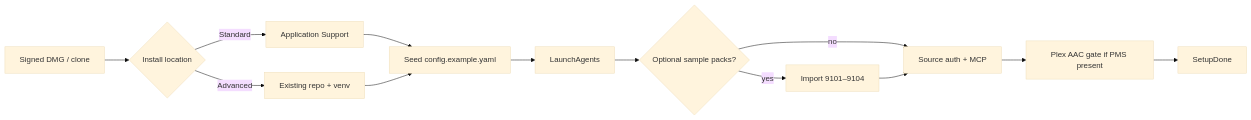
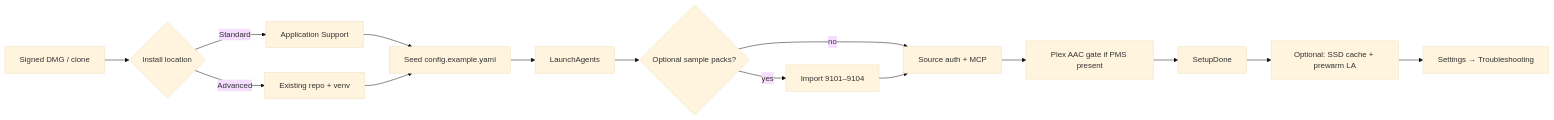
The diagram in docs/guides/PRODUCTION_BOOTSTRAP_UNIVERSAL.md (roto31/StreamTV), drawn with Mermaid (base theme) before and after one commit. The commit also changed other lines of this file and 18 other files, not shown here.

````diff
--- a/docs/guides/PRODUCTION_BOOTSTRAP_UNIVERSAL.md
+++ b/docs/guides/PRODUCTION_BOOTSTRAP_UNIVERSAL.md
@@ -7,15 +7,17 @@
 ```mermaid
 flowchart LR
   DMG["Signed DMG / clone"] --> Loc{"Install location"}
   Loc -->|Standard| AppSup["Application Support"]
   Loc -->|Advanced| Repo["Existing repo + venv"]
   AppSup --> Seed["Seed config.example.yaml"]
   Repo --> Seed
   Seed --> Agents["LaunchAgents"]
   Agents --> Samples{"Optional sample packs?"}
   Samples -->|yes| Import["Import 9101–9104"]
   Samples -->|no| Auth["Source auth + MCP"]
   Import --> Auth
   Auth --> Gate["Plex AAC gate if PMS present"]
   Gate --> Done["SetupDone"]
+  Done --> KeepWarm["Optional: SSD cache + prewarm LA"]
+  KeepWarm --> Trouble["Settings → Troubleshooting"]
 ```
````
